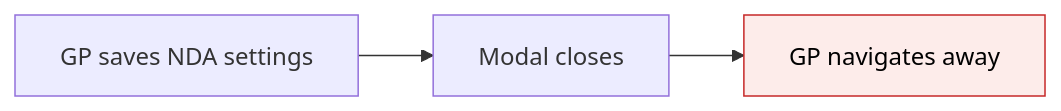
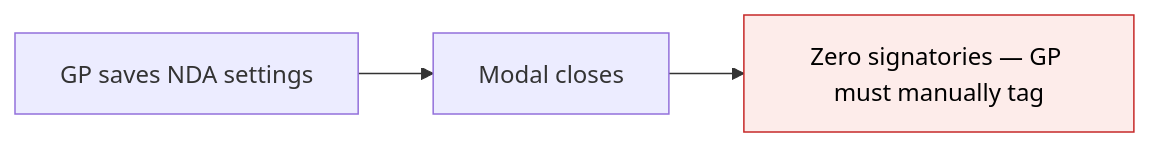
One commit to sampadadiwan/IRM_CompanyMain changed the third of 4 diagrams in openspec/changes/nda-module-9-enhancements/proposal.md. Above: the diagram before and after it, drawn with Mermaid. The commit also changed other lines of this file and 3 other files, not shown here.

First line of the commit message:
docs: Update openspec artifacts for auto-tag signatories (product feedback)

````diff
--- a/openspec/changes/nda-module-9-enhancements/proposal.md
+++ b/openspec/changes/nda-module-9-enhancements/proposal.md
@@ -54,7 +54,7 @@
 ```mermaid
 flowchart LR
     A["GP saves NDA settings"] --> B["Modal closes"]
-    B --> C["GP navigates away"]
+    B --> C["Zero signatories — GP must manually tag"]
     classDef manual fill:#fdecea,stroke:#c62828,color:#000
     class C manual
 ```
````
